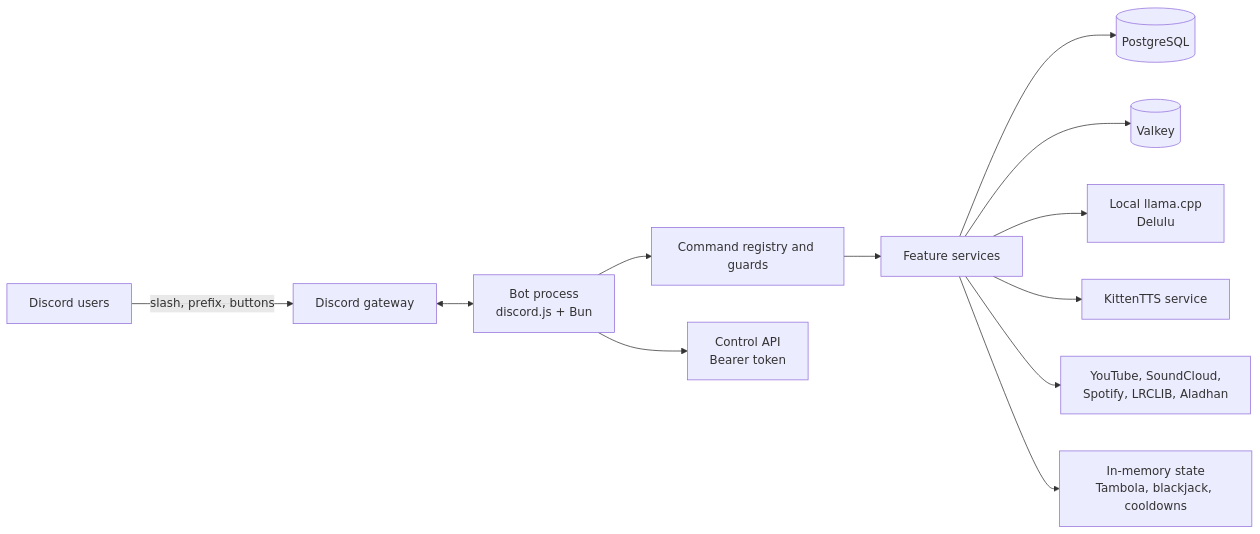
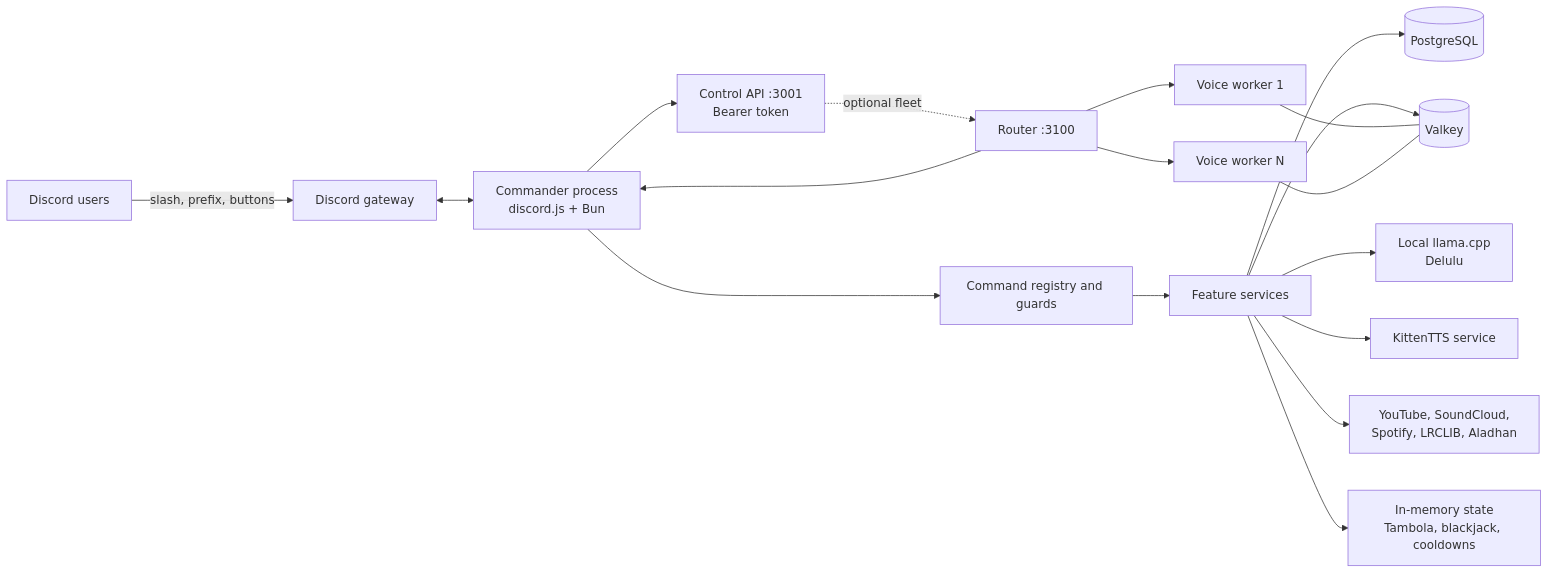
The first of 3 diagrams in README.md (DeathSurfing/siela-bot), drawn with Mermaid before and after one commit. The commit also changed other lines of this file and 7 other files, not shown here.

First line of the commit message:
docs: fleet-aware Mermaid diagrams (#32)

````diff
--- a/README.md
+++ b/README.md
@@ -26,16 +26,23 @@
 ```mermaid
 flowchart LR
   U[Discord users] -->|slash, prefix, buttons| DG[Discord gateway]
-  DG <--> BOT[Bot process<br/>discord.js + Bun]
+  DG <--> BOT[Commander process<br/>discord.js + Bun]
 
   BOT --> REG[Command registry and guards]
   REG --> FEAT[Feature services]
   FEAT --> PG[(PostgreSQL)]
   FEAT --> VK[(Valkey)]
   FEAT --> LLM[Local llama.cpp<br/>Delulu]
   FEAT --> TTS[KittenTTS service]
   FEAT --> EXT[YouTube, SoundCloud,<br/>Spotify, LRCLIB, Aladhan]
   FEAT --> MEM[In-memory state<br/>Tambola, blackjack, cooldowns]
 
-  BOT --> API[Control API<br/>Bearer token]
+  BOT --> API[Control API :3001<br/>Bearer token]
+
+  API -.->|optional fleet| R[Router :3100]
+  R --> BOT
+  R --> W1[Voice worker 1]
+  R --> WN[Voice worker N]
+  W1 --- VK
+  WN --- VK
 ```
````
